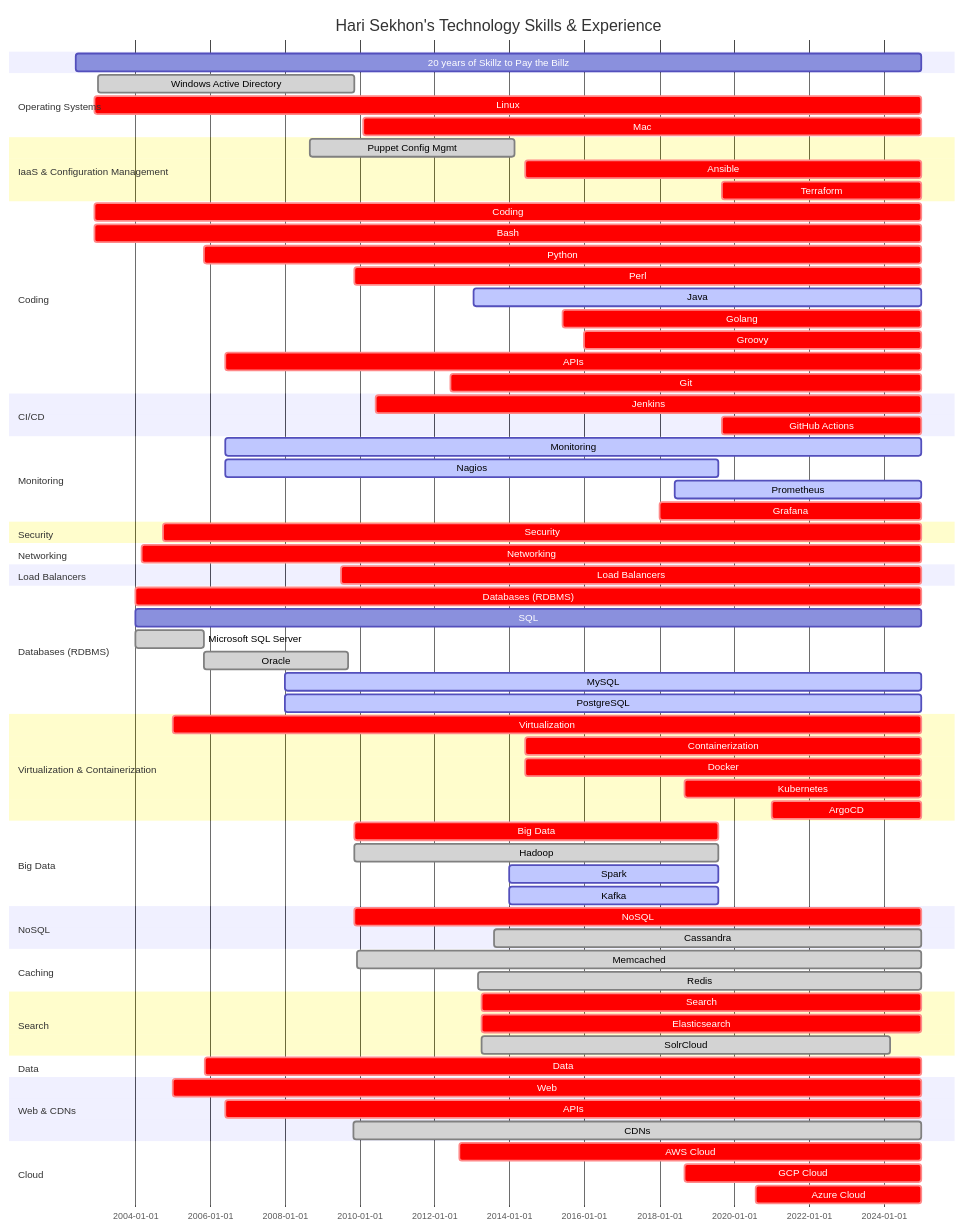
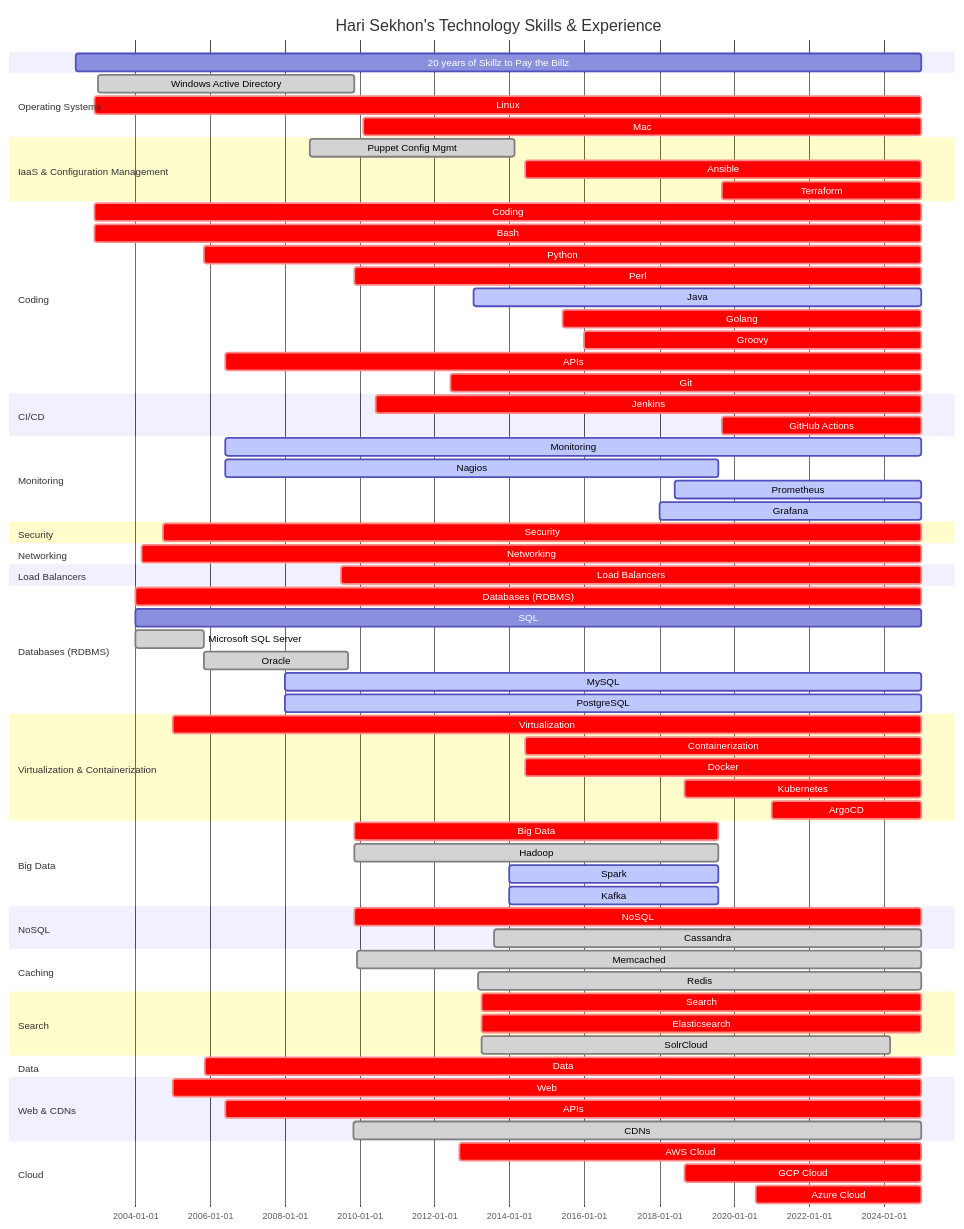
Before and after one commit to HariSekhon/HariSekhon: the diagram in README.md, drawn with Mermaid.

```diff
--- a/README.md
+++ b/README.md
@@ -343,7 +343,7 @@
     Nagios                 : active, 2006-06-01, 2019-07-31
     %%OpenTSDB               : done, 2016-09-01, 2019-07-31
     Prometheus             : active, 2018-06-01, 2024-12-31
-    Grafana                : crit, 2018-01-01, 2024-12-31
+    Grafana                : active, 2018-01-01, 2024-12-31
     %%Pingdom                : done, 2020-08-20, 2023-09-17
     %%Datadog                : done, 2022-08-20, 2023-09-17
 
```
